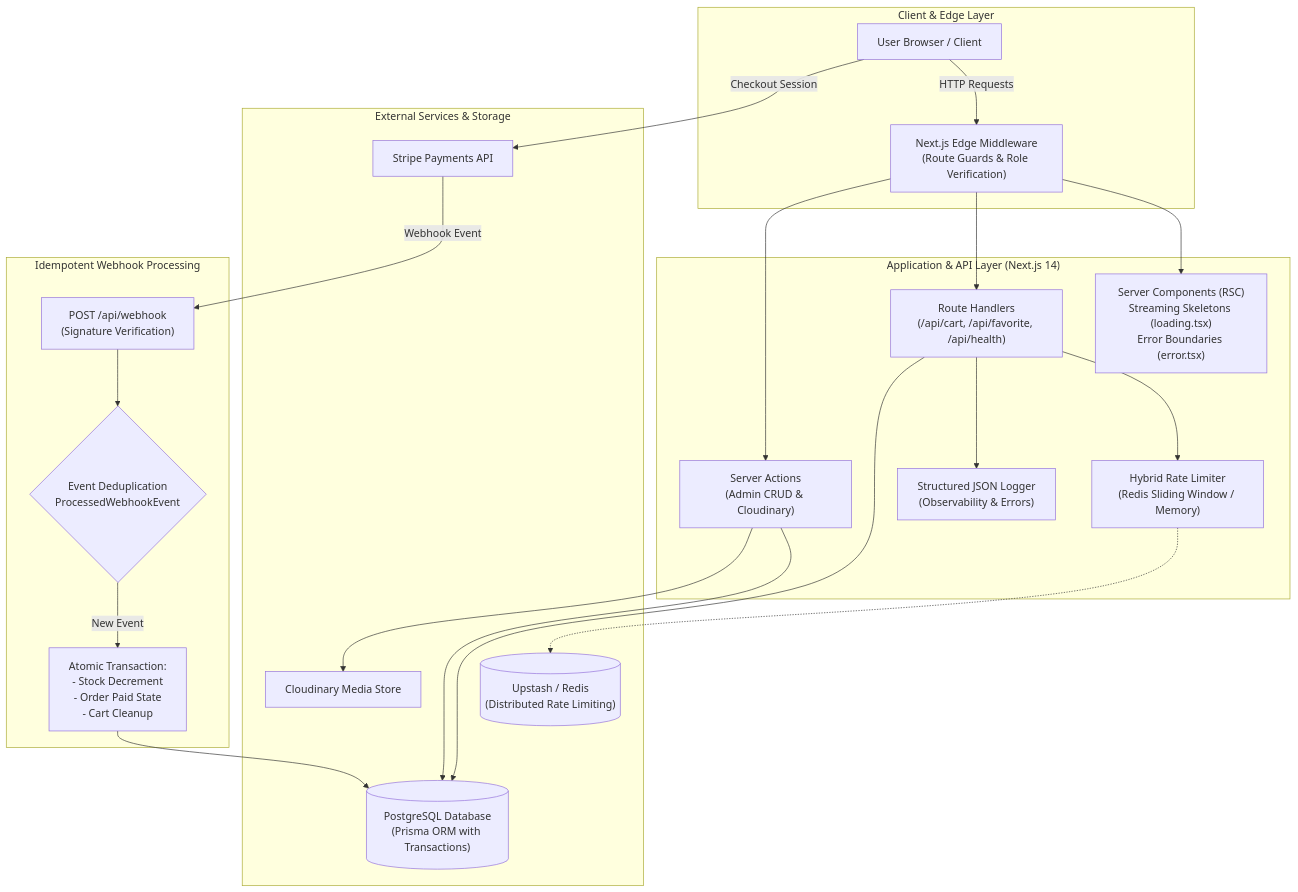
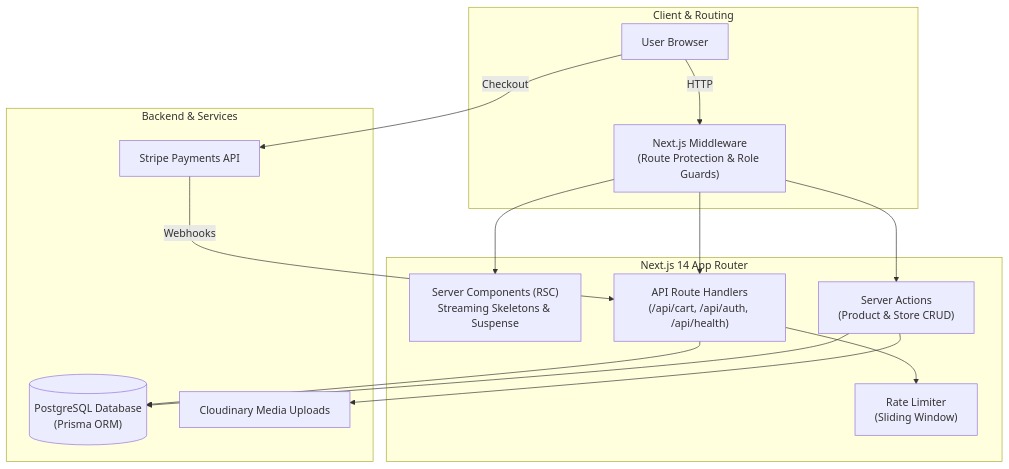
The diagram in README.md (frknecn3/blue-commerce), drawn with Mermaid before and after one commit. The commit also changed other lines of this file and 3 other files, not shown here.

Commit message:
feat: implement user registration schema and api route with comprehensive testing

````diff
--- a/README.md
+++ b/README.md
@@ -62,46 +56,33 @@
 ```mermaid
 flowchart TD
-    subgraph ClientLayer ["Client & Edge Layer"]
-        Browser["User Browser / Client"]
-        MW["Next.js Edge Middleware<br/>(Route Guards & Role Verification)"]
+    subgraph Client ["Client & Routing"]
+        Browser["User Browser"]
+        MW["Next.js Middleware<br/>(Route Protection & Role Guards)"]
     end
 
-    subgraph AppLayer ["Application & API Layer (Next.js 14)"]
-        RSC["Server Components (RSC)<br/>Streaming Skeletons (loading.tsx)<br/>Error Boundaries (error.tsx)"]
-        Actions["Server Actions<br/>(Admin CRUD & Cloudinary)"]
-        API["Route Handlers<br/>(/api/cart, /api/favorite, /api/health)"]
-        RL["Hybrid Rate Limiter<br/>(Redis Sliding Window / Memory)"]
-        Logger["Structured JSON Logger<br/>(Observability & Errors)"]
+    subgraph App ["Next.js 14 App Router"]
+        Pages["Server Components (RSC)<br/>Streaming Skeletons & Suspense"]
+        API["API Route Handlers<br/>(/api/cart, /api/auth, /api/health)"]
+        Actions["Server Actions<br/>(Product & Store CRUD)"]
+        Limiter["Rate Limiter<br/>(Sliding Window)"]
     end
 
-    subgraph ServiceLayer ["External Services & Storage"]
-        DB[("PostgreSQL Database<br/>(Prisma ORM with Transactions)")]
-        Redis[("Upstash / Redis<br/>(Distributed Rate Limiting)")]
+    subgraph Services ["Backend & Services"]
+        DB[("PostgreSQL Database<br/>(Prisma ORM)")]
         Stripe["Stripe Payments API"]
-        Cloudinary["Cloudinary Media Store"]
+        Cloudinary["Cloudinary Media Uploads"]
     end
 
-    subgraph WebhookLayer ["Idempotent Webhook Processing"]
-        StripeHook["POST /api/webhook<br/>(Signature Verification)"]
-        Idempotency{"Event Deduplication<br/>ProcessedWebhookEvent"}
-        TxAtomic["Atomic Transaction:<br/>- Stock Decrement<br/>- Order Paid State<br/>- Cart Cleanup"]
-    end
-
-    Browser -->|HTTP Requests| MW
-    MW --> RSC
+    Browser -->|HTTP| MW
+    MW --> Pages
     MW --> API
     MW --> Actions
 
-    API --> RL
-    RL -.-> Redis
-    API --> Logger
+    API --> Limiter
     API --> DB
     Actions --> DB
     Actions --> Cloudinary
-    
-    Browser -->|Checkout Session| Stripe
-    Stripe -->|Webhook Event| StripeHook
-    StripeHook --> Idempotency
-    Idempotency -->|New Event| TxAtomic
-    TxAtomic --> DB
+
+    Browser -->|Checkout| Stripe
+    Stripe -->|Webhooks| API
 ```
````
